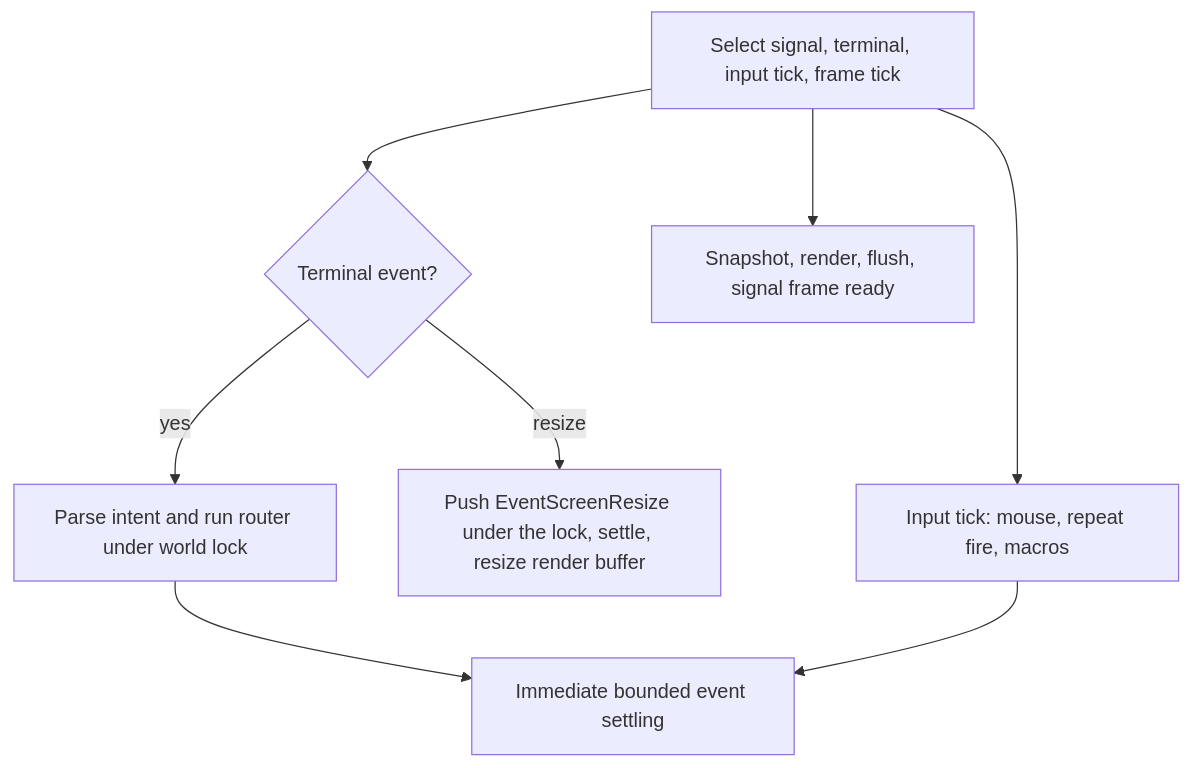
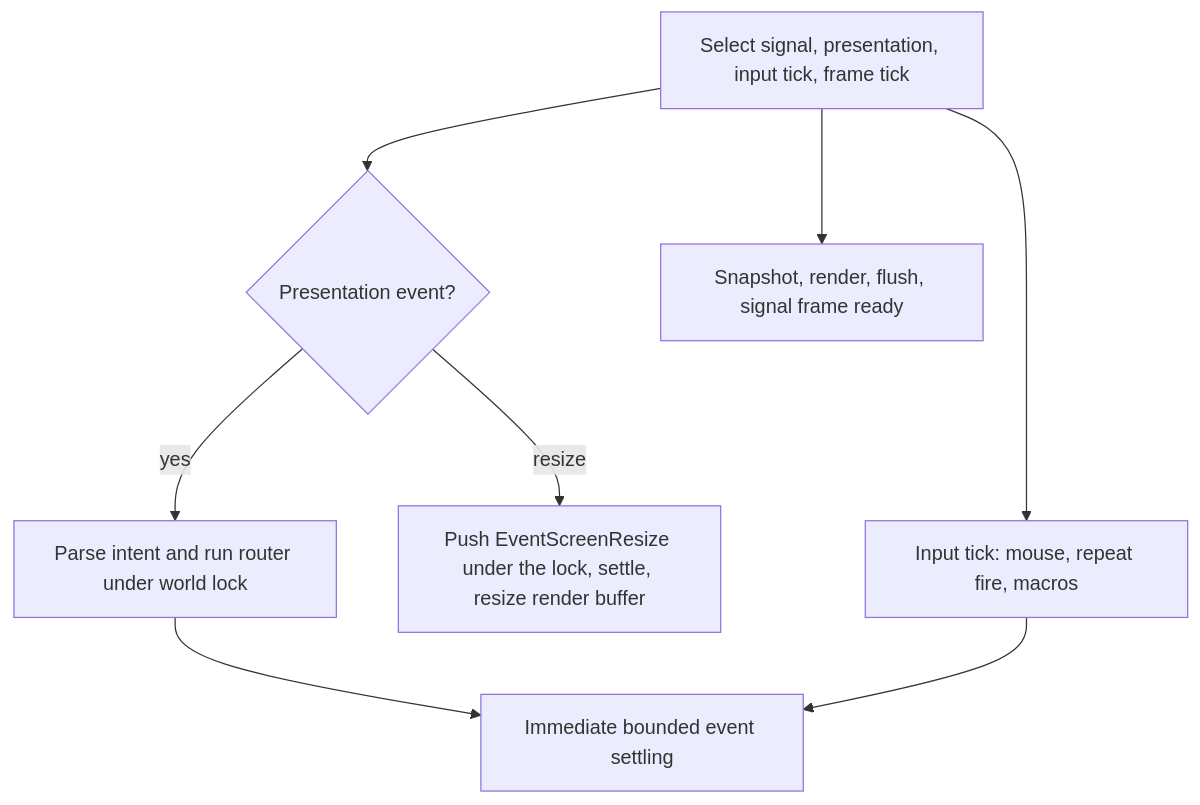
Before and after one commit to lixenwraith/vif: the second of 4 diagrams in doc/runtime.md, drawn with Mermaid. The commit also changed other lines of this file and 23 other files, not shown here.

````diff
--- a/doc/runtime.md
+++ b/doc/runtime.md
@@ -418,10 +421,10 @@
 ```mermaid
 flowchart TD
-    Select["Select signal, terminal, input tick, frame tick"] --> Terminal{"Terminal event?"}
-    Terminal -->|yes| Parse["Parse intent and run router under world lock"]
+    Select["Select signal, presentation, input tick, frame tick"] --> Presentation{"Presentation event?"}
+    Presentation -->|yes| Parse["Parse intent and run router under world lock"]
     Parse --> Settle["Immediate bounded event settling"]
-    Terminal -->|resize| Resize["Push EventScreenResize under the lock, settle, resize render buffer"]
+    Presentation -->|resize| Resize["Push EventScreenResize under the lock, settle, resize render buffer"]
     Select --> Input["Input tick: mouse, repeat fire, macros"]
     Input --> Settle
     Select --> Frame["Snapshot, render, flush, signal frame ready"]
 ```
````
